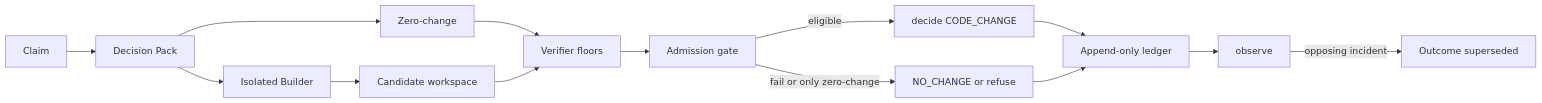
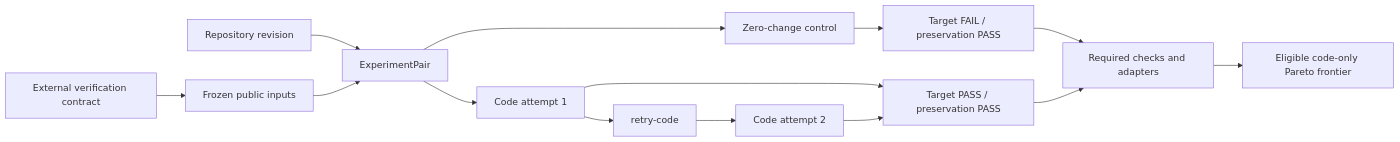
Before and after one commit to kuil09/mosaic: the second of 4 diagrams in docs/architecture.md, drawn with Mermaid. The commit also changed other lines of this file and 38 other files, not shown here.

````diff
--- a/docs/architecture.md
+++ b/docs/architecture.md
@@ -8,16 +38,16 @@
 ```mermaid
 flowchart LR
-  claim["Claim"] --> pack["Decision Pack"]
-  pack --> builder["Isolated Builder"]
-  pack --> zero["Zero-change"]
-  builder --> candidate["Candidate workspace"]
-  zero --> floors["Verifier floors"]
-  candidate --> floors
-  floors --> gate["Admission gate"]
-  gate -->|"eligible"| decide["decide CODE_CHANGE"]
-  gate -->|"fail or only zero-change"| refuse["NO_CHANGE or refuse"]
-  decide --> ledger["Append-only ledger"]
-  refuse --> ledger
-  ledger --> observe["observe"]
-  observe -->|"opposing incident"| super["Outcome superseded"]
+  repo["Repository revision"] --> pair["ExperimentPair"]
+  contract["External verification contract"] --> freeze["Frozen public inputs"]
+  freeze --> pair
+  pair --> zero["Zero-change control"]
+  pair --> code1["Code attempt 1"]
+  code1 --> retry["retry-code"]
+  retry --> code2["Code attempt 2"]
+  zero --> relation["Target FAIL / preservation PASS"]
+  code1 --> relation2["Target PASS / preservation PASS"]
+  code2 --> relation2
+  relation --> gate["Required checks and adapters"]
+  relation2 --> gate
+  gate --> pareto["Eligible code-only Pareto frontier"]
 ```
````
